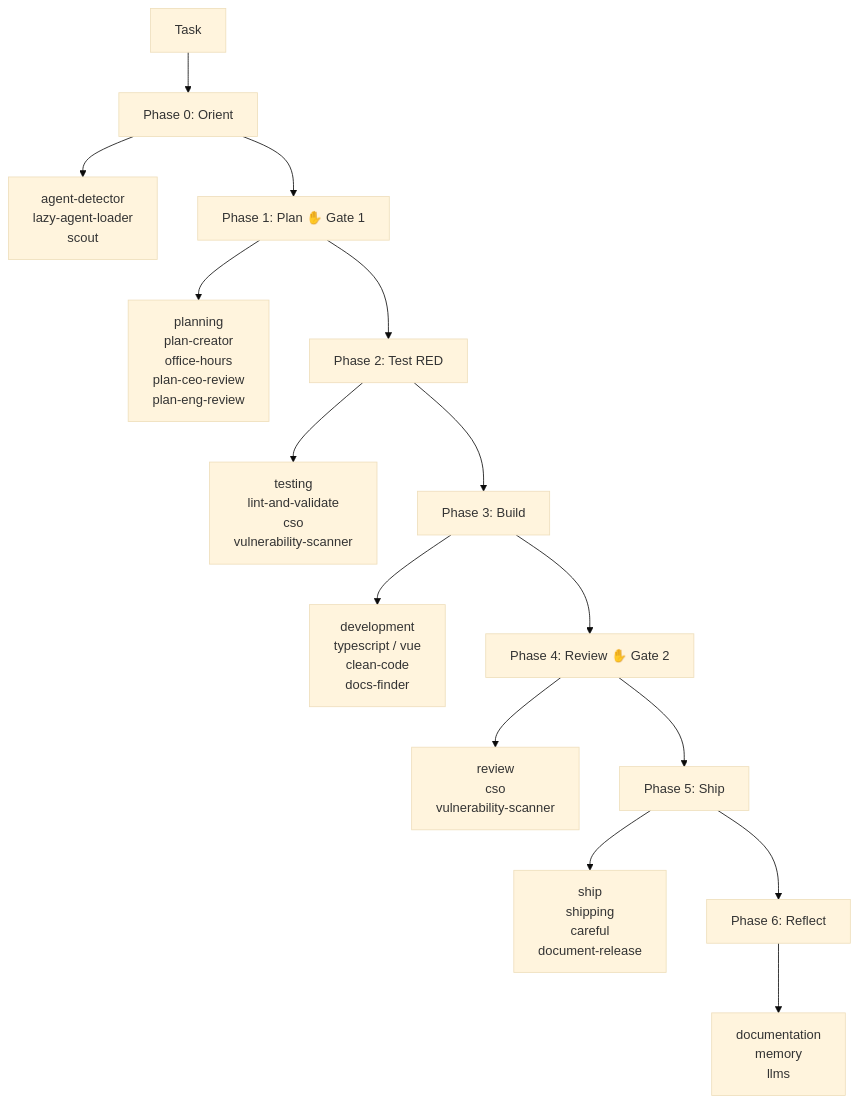
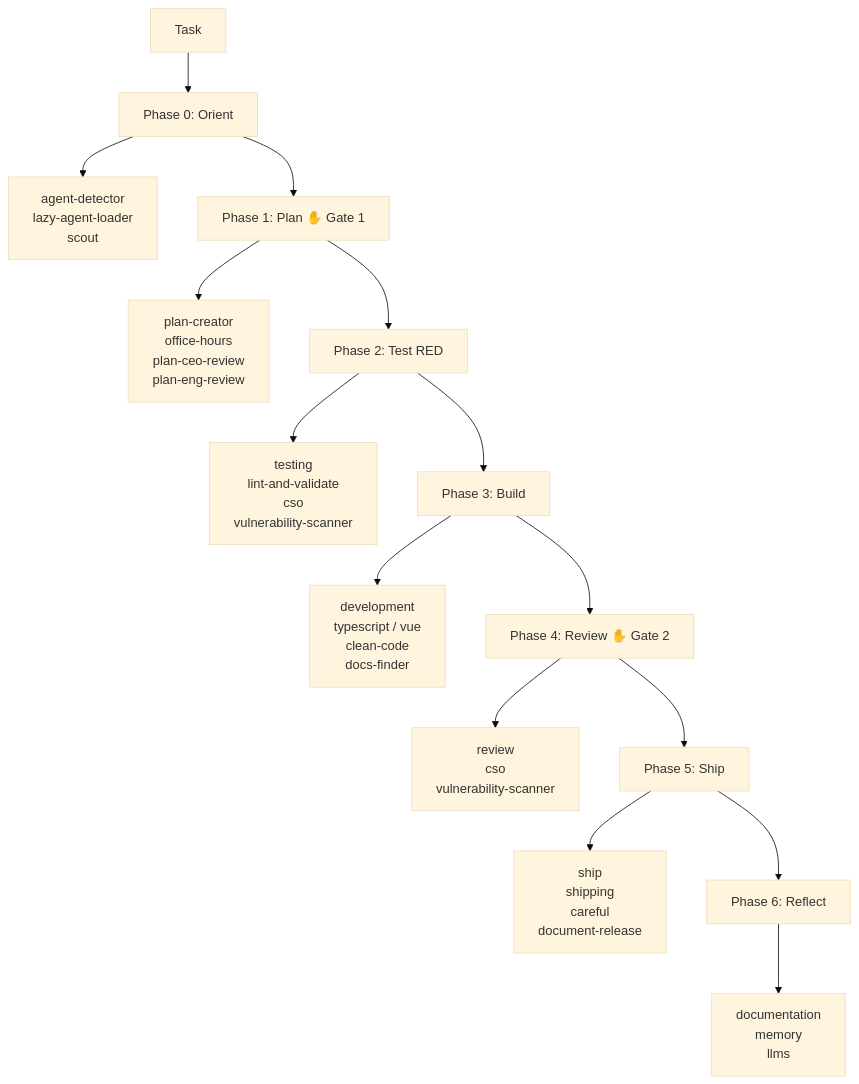
One commit to ngocsangyem/MeowKit changed the diagram in website/guide/agent-skill-architecture.md. Above: the diagram before and after it, drawn with Mermaid (base theme). The commit also changed other lines of this file and 14 other files, not shown here.

````diff
--- a/website/guide/agent-skill-architecture.md
+++ b/website/guide/agent-skill-architecture.md
@@ -64,23 +64,23 @@
 ```mermaid
 flowchart TD
     T[Task] --> P0[Phase 0: Orient]
     P0 --> S0[agent-detector\nlazy-agent-loader\nscout]
 
     P0 --> P1[Phase 1: Plan ✋ Gate 1]
-    P1 --> S1[planning\nplan-creator\noffice-hours\nplan-ceo-review\nplan-eng-review]
+    P1 --> S1[plan-creator\noffice-hours\nplan-ceo-review\nplan-eng-review]
 
     P1 --> P2[Phase 2: Test RED]
     P2 --> S2[testing\nlint-and-validate\ncso\nvulnerability-scanner]
 
     P2 --> P3[Phase 3: Build]
     P3 --> S3[development\ntypescript / vue\nclean-code\ndocs-finder]
 
     P3 --> P4[Phase 4: Review ✋ Gate 2]
     P4 --> S4[review\ncso\nvulnerability-scanner]
 
     P4 --> P5[Phase 5: Ship]
     P5 --> S5[ship\nshipping\ncareful\ndocument-release]
 
     P5 --> P6[Phase 6: Reflect]
     P6 --> S6[documentation\nmemory\nllms]
 ```
````
